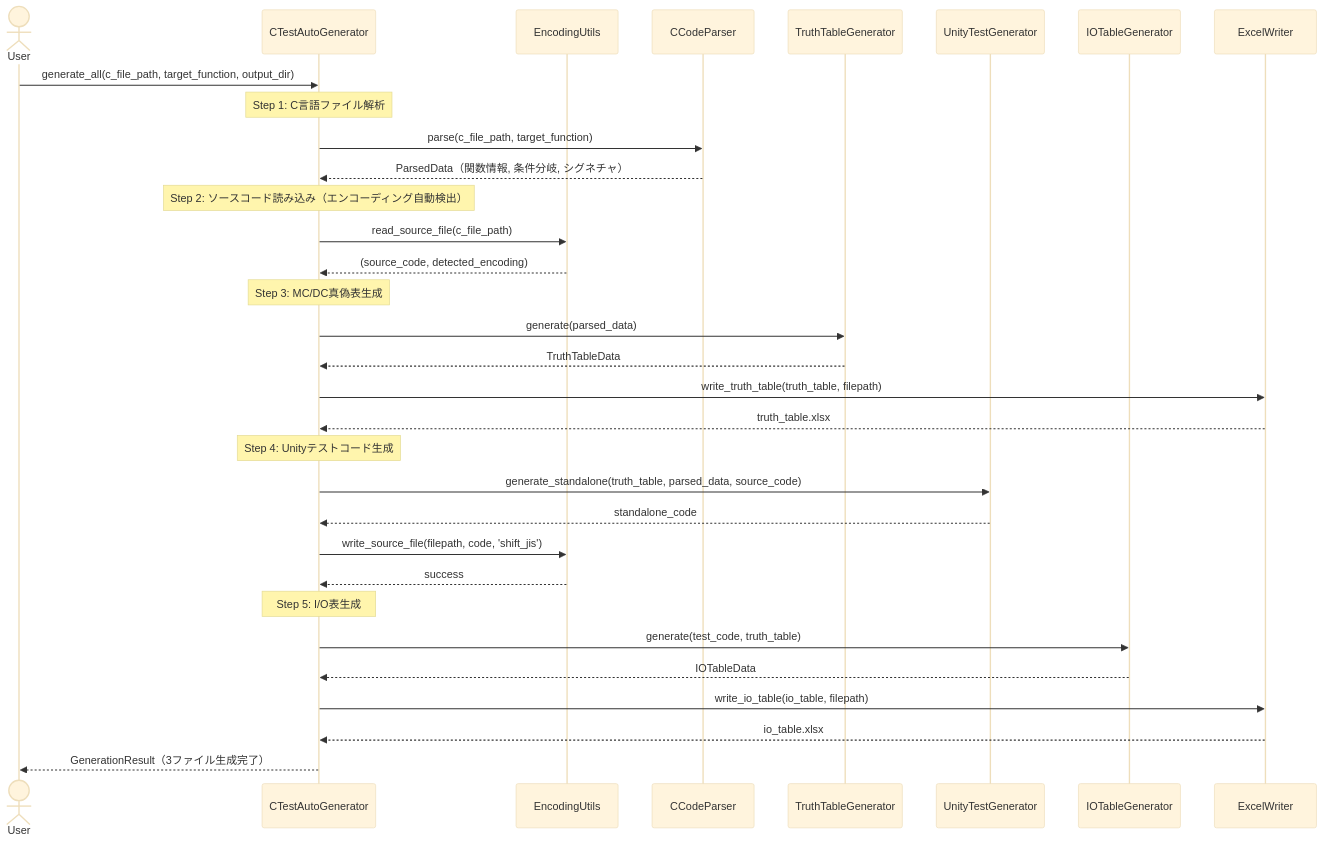
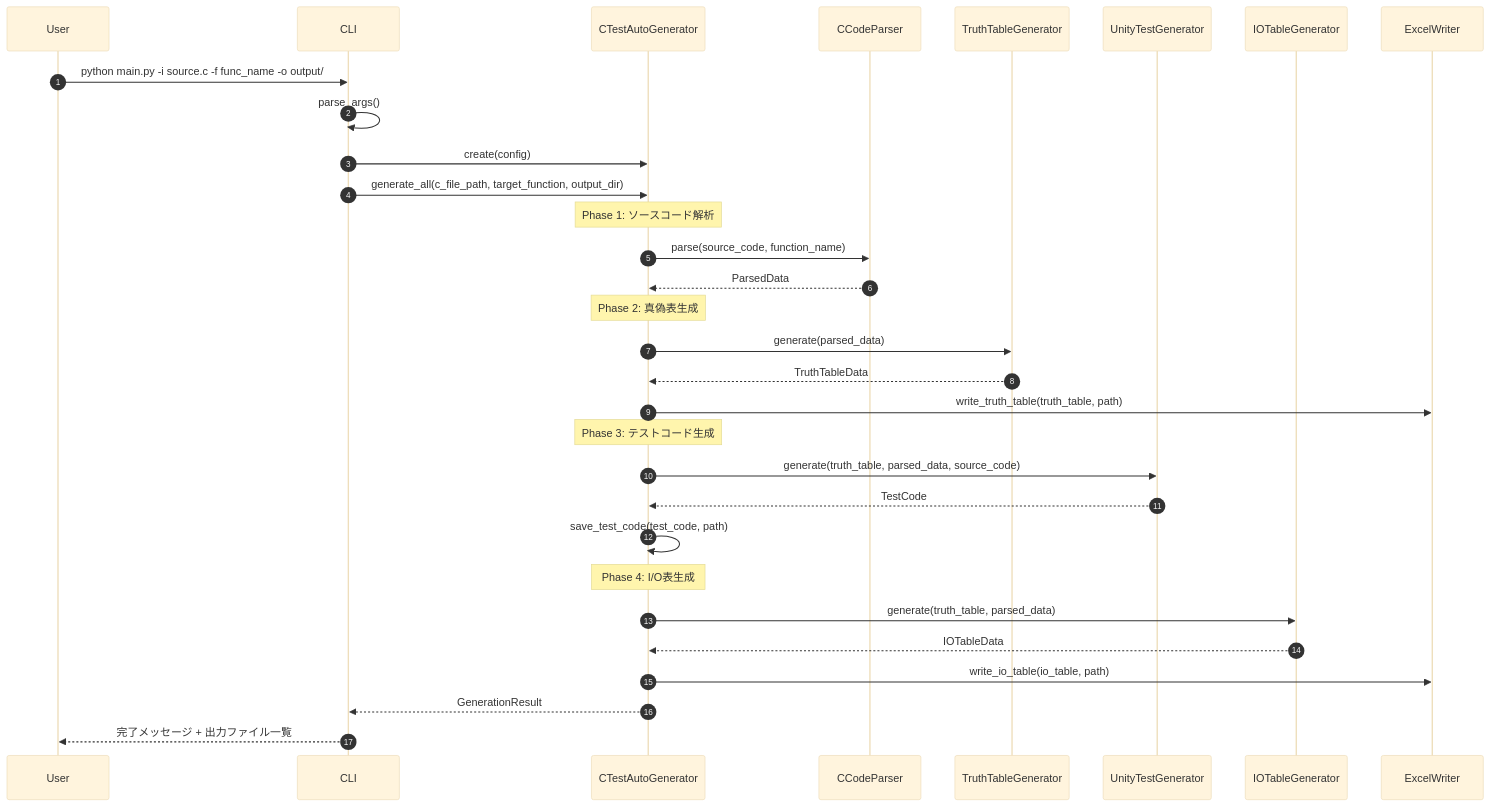
The first of 12 diagrams in doc/design_sequence_diagram.md (ryu5791/AutoUniTestGen), drawn with Mermaid (base theme) before and after one commit. The commit also changed other lines of this file and 7 other files, not shown here.

````diff
--- a/doc/design_sequence_diagram.md
+++ b/doc/design_sequence_diagram.md
@@ -15,44 +10,39 @@
 ```mermaid
 sequenceDiagram
-    actor User
-    participant Main as CTestAutoGenerator
-    participant Encoding as EncodingUtils
+    autonumber
+    participant User
+    participant CLI
+    participant Generator as CTestAutoGenerator
     participant Parser as CCodeParser
-    participant TruthTable as TruthTableGenerator
+    participant TruthGen as TruthTableGenerator
     participant TestGen as UnityTestGenerator
-    participant IOTable as IOTableGenerator
+    participant IOGen as IOTableGenerator
     participant Excel as ExcelWriter
-
-    User->>Main: generate_all(c_file_path, target_function, output_dir)
     
-    Note over Main: Step 1: C言語ファイル解析
-    Main->>Parser: parse(c_file_path, target_function)
-    Parser-->>Main: ParsedData（関数情報, 条件分岐, シグネチャ）
+    User->>CLI: python main.py -i source.c -f func_name -o output/
+    CLI->>CLI: parse_args()
+    CLI->>Generator: create(config)
+    CLI->>Generator: generate_all(c_file_path, target_function, output_dir)
     
-    Note over Main: Step 2: ソースコード読み込み（エンコーディング自動検出）
-    Main->>Encoding: read_source_file(c_file_path)
-    Encoding-->>Main: (source_code, detected_encoding)
+    Note over Generator: Phase 1: ソースコード解析
+    Generator->>Parser: parse(source_code, function_name)
+    Parser-->>Generator: ParsedData
     
-    Note over Main: Step 3: MC/DC真偽表生成
-    Main->>TruthTable: generate(parsed_data)
-    TruthTable-->>Main: TruthTableData
+    Note over Generator: Phase 2: 真偽表生成
+    Generator->>TruthGen: generate(parsed_data)
+    TruthGen-->>Generator: TruthTableData
+    Generator->>Excel: write_truth_table(truth_table, path)
     
-    Main->>Excel: write_truth_table(truth_table, filepath)
-    Excel-->>Main: truth_table.xlsx
+    Note over Generator: Phase 3: テストコード生成
+    Generator->>TestGen: generate(truth_table, parsed_data, source_code)
+    TestGen-->>Generator: TestCode
+    Generator->>Generator: save_test_code(test_code, path)
     
-    Note over Main: Step 4: Unityテストコード生成
-    Main->>TestGen: generate_standalone(truth_table, parsed_data, source_code)
-    TestGen-->>Main: standalone_code
+    Note over Generator: Phase 4: I/O表生成
+    Generator->>IOGen: generate(truth_table, parsed_data)
+    IOGen-->>Generator: IOTableData
+    Generator->>Excel: write_io_table(io_table, path)
     
-    Main->>Encoding: write_source_file(filepath, code, 'shift_jis')
-    Encoding-->>Main: success
-    
-    Note over Main: Step 5: I/O表生成
-    Main->>IOTable: generate(test_code, truth_table)
-    IOTable-->>Main: IOTableData
-    
-    Main->>Excel: write_io_table(io_table, filepath)
-    Excel-->>Main: io_table.xlsx
-    
-    Main-->>User: GenerationResult（3ファイル生成完了）
+    Generator-->>CLI: GenerationResult
+    CLI-->>User: 完了メッセージ + 出力ファイル一覧
 ```
````
